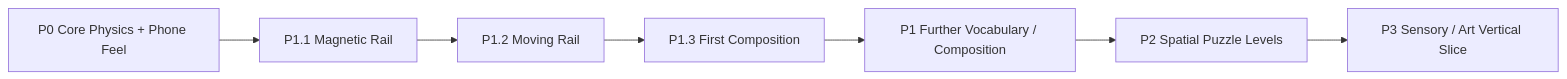
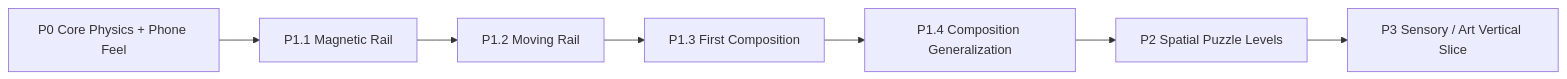
Before and after one commit to zeroLR/2D-game-playground: the diagram in docs/plans/inner-rail/ROADMAP.md, drawn with Mermaid. The commit also changed other lines of this file, not shown here.

Commit message:
docs(inner-rail): advance roadmap to P1.4 composition generalization

````diff
--- a/docs/plans/inner-rail/ROADMAP.md
+++ b/docs/plans/inner-rail/ROADMAP.md
@@ -7,9 +7,9 @@
 ```mermaid
 flowchart LR
     P0[P0 Core Physics + Phone Feel] --> P11[P1.1 Magnetic Rail]
     P11 --> P12[P1.2 Moving Rail]
     P12 --> P13[P1.3 First Composition]
-    P13 --> P1X[P1 Further Vocabulary / Composition]
-    P1X --> P2[P2 Spatial Puzzle Levels]
+    P13 --> P14[P1.4 Composition Generalization]
+    P14 --> P2[P2 Spatial Puzzle Levels]
     P2 --> P3[P3 Sensory / Art Vertical Slice]
 ```
````
